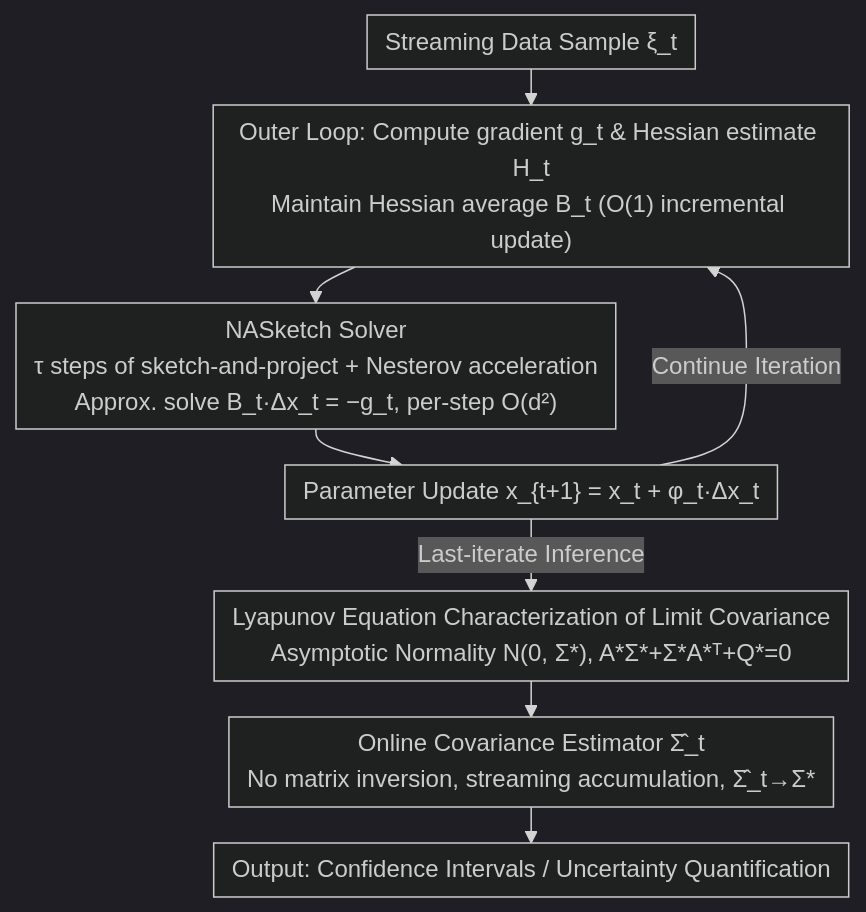
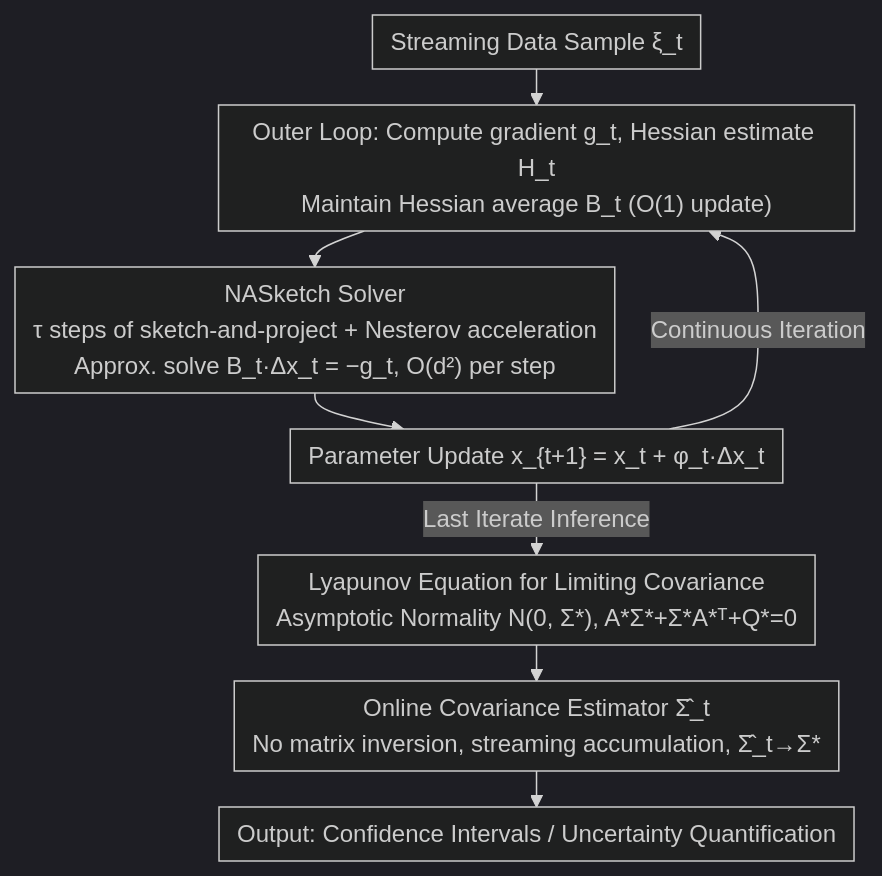
One commit to zhaoyang97/Paper-Notes-en changed the diagram in docs/ICML2026/others/inference_of_online_newton_methods_with_nesterovs_accelerated_sketching.md. Above: the diagram before and after it, drawn with Mermaid (dark theme). The commit also changed other lines of this file and 5084 other files, not shown here.

````diff
--- a/docs/ICML2026/others/inference_of_online_newton_methods_with_nesterovs_accelerated_sketching.md
+++ b/docs/ICML2026/others/inference_of_online_newton_methods_with_nesterovs_accelerated_sketching.md
@@ -48,11 +48,11 @@
 ```mermaid
 %%{init: {'flowchart': {'rankSpacing': 24, 'nodeSpacing': 28, 'padding': 6, 'wrappingWidth': 400}}}%%
 flowchart TD
-    A["Streaming Data Sample ξ_t"] --> B["Outer Loop: Compute gradient g_t & Hessian estimate H_t<br/>Maintain Hessian average B_t (O(1) incremental update)"]
-    B --> C["NASketch Solver<br/>τ steps of sketch-and-project + Nesterov acceleration<br/>Approx. solve B_t·Δx_t = −g_t, per-step O(d²)"]
+    A["Streaming Data Sample ξ_t"] --> B["Outer Loop: Compute gradient g_t, Hessian estimate H_t<br/>Maintain Hessian average B_t (O(1) update)"]
+    B --> C["NASketch Solver<br/>τ steps of sketch-and-project + Nesterov acceleration<br/>Approx. solve B_t·Δx_t = −g_t, O(d²) per step"]
     C --> D["Parameter Update x_{t+1} = x_t + φ_t·Δx_t"]
-    D -->|Continue Iteration| B
-    D -->|Last-iterate Inference| E["Lyapunov Equation Characterization of Limit Covariance<br/>Asymptotic Normality N(0, Σ*), A*Σ*+Σ*A*ᵀ+Q*=0"]
+    D -->|Continuous Iteration| B
+    D -->|Last Iterate Inference| E["Lyapunov Equation for Limiting Covariance<br/>Asymptotic Normality N(0, Σ*), A*Σ*+Σ*A*ᵀ+Q*=0"]
     E --> F["Online Covariance Estimator Σ̂_t<br/>No matrix inversion, streaming accumulation, Σ̂_t→Σ*"]
     F --> G["Output: Confidence Intervals / Uncertainty Quantification"]
 ```
````
